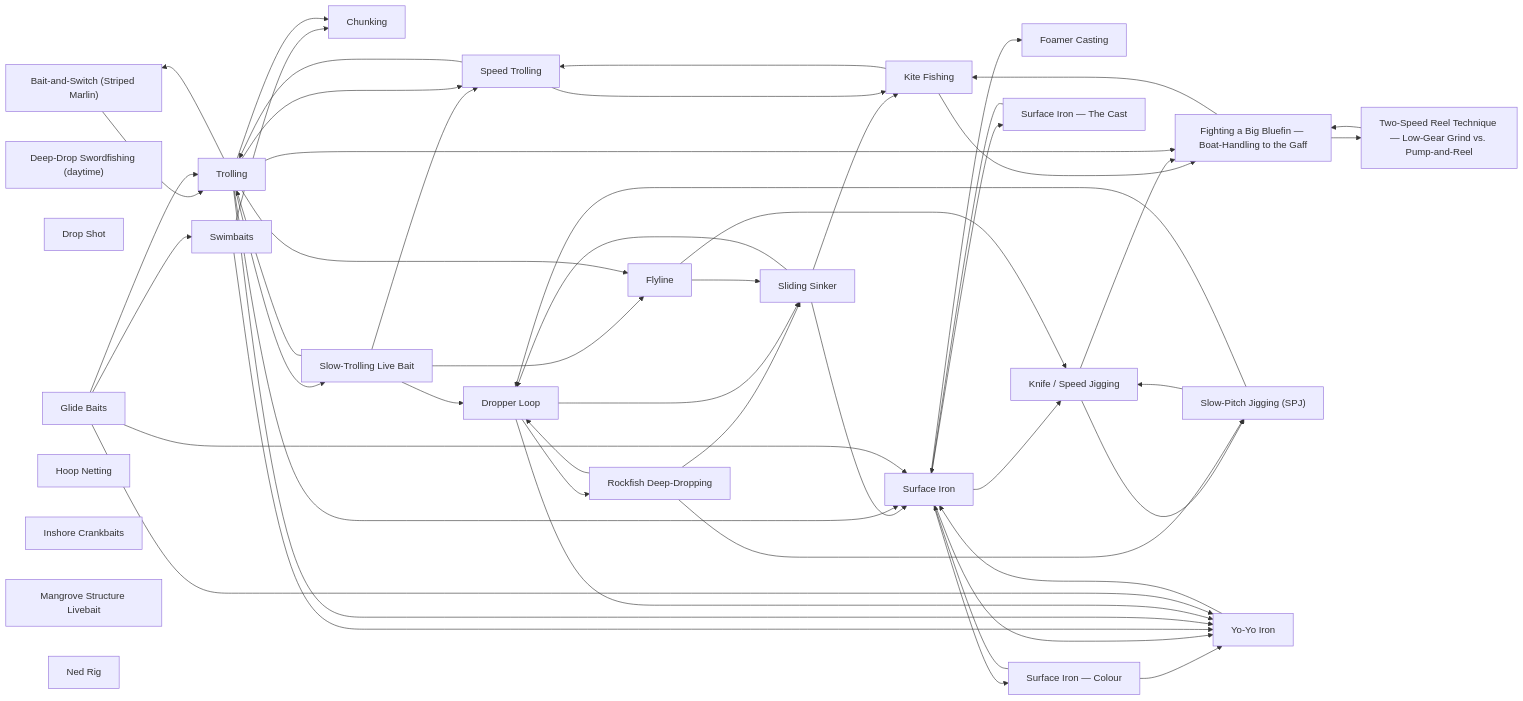
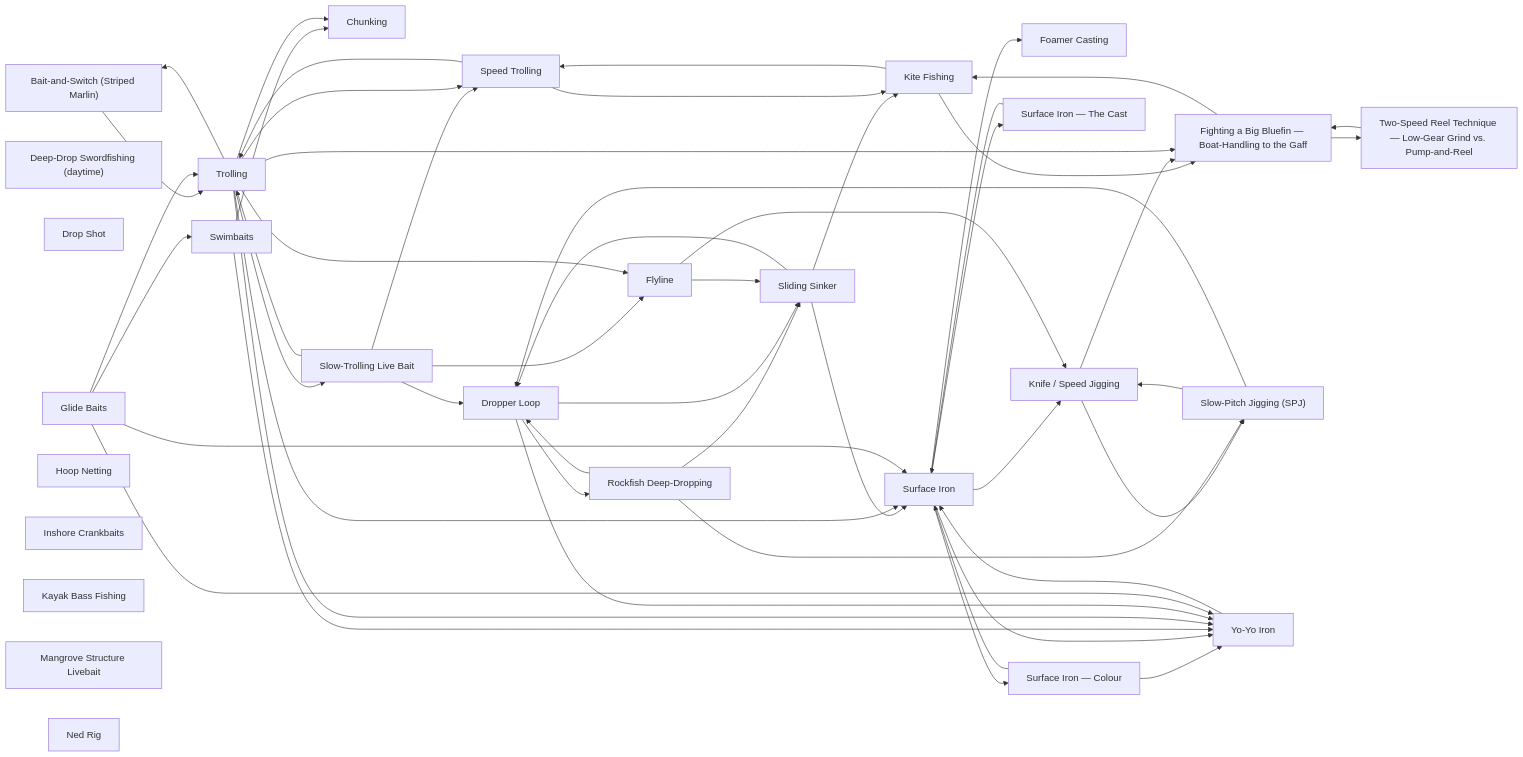
One commit to camchuckpete-max/Socal-Fishing-Knowledge changed the diagram in techniques/README.md. Above: the diagram before and after it, drawn with Mermaid. The commit also changed other lines of this file and 9 other files, not shown here.

````diff
--- a/techniques/README.md
+++ b/techniques/README.md
@@ -40,80 +41,81 @@
 ```mermaid
 graph LR
   n0["Bait-and-Switch (Striped Marlin)"]
   n1["Chunking"]
   n2["Deep-Drop Swordfishing (daytime)"]
   n3["Drop Shot"]
   n4["Dropper Loop"]
   n5["Fighting a Big Bluefin — Boat-Handling to the Gaff"]
   n6["Flyline"]
   n7["Foamer Casting"]
   n8["Glide Baits"]
   n9["Hoop Netting"]
   n10["Inshore Crankbaits"]
-  n11["Kite Fishing"]
-  n12["Knife / Speed Jigging"]
-  n13["Mangrove Structure Livebait"]
-  n14["Ned Rig"]
-  n15["Rockfish Deep-Dropping"]
-  n16["Sliding Sinker"]
-  n17["Slow-Pitch Jigging (SPJ)"]
-  n18["Slow-Trolling Live Bait"]
-  n19["Speed Trolling"]
-  n20["Surface Iron — The Cast"]
-  n21["Surface Iron — Colour"]
-  n22["Surface Iron"]
-  n23["Swimbaits"]
-  n24["Trolling"]
-  n25["Two-Speed Reel Technique — Low-Gear Grind vs. Pump-and-Reel"]
-  n26["Yo-Yo Iron"]
-  n0 --> n24
-  n11 --> n19
-  n11 --> n5
-  n12 --> n17
+  n11["Kayak Bass Fishing"]
+  n12["Kite Fishing"]
+  n13["Knife / Speed Jigging"]
+  n14["Mangrove Structure Livebait"]
+  n15["Ned Rig"]
+  n16["Rockfish Deep-Dropping"]
+  n17["Sliding Sinker"]
+  n18["Slow-Pitch Jigging (SPJ)"]
+  n19["Slow-Trolling Live Bait"]
+  n20["Speed Trolling"]
+  n21["Surface Iron — The Cast"]
+  n22["Surface Iron — Colour"]
+  n23["Surface Iron"]
+  n24["Swimbaits"]
+  n25["Trolling"]
+  n26["Two-Speed Reel Technique — Low-Gear Grind vs. Pump-and-Reel"]
+  n27["Yo-Yo Iron"]
+  n0 --> n25
+  n12 --> n20
   n12 --> n5
-  n15 --> n16
-  n15 --> n17
-  n15 --> n4
-  n16 --> n11
-  n16 --> n22
+  n13 --> n18
+  n13 --> n5
+  n16 --> n17
+  n16 --> n18
   n16 --> n4
   n17 --> n12
+  n17 --> n23
   n17 --> n4
-  n18 --> n19
-  n18 --> n24
+  n18 --> n13
   n18 --> n4
-  n18 --> n6
-  n19 --> n11
-  n19 --> n24
-  n20 --> n22
-  n21 --> n22
-  n21 --> n26
-  n22 --> n12
-  n22 --> n20
-  n22 --> n21
-  n22 --> n26
-  n22 --> n7
-  n23 --> n1
-  n23 --> n26
-  n24 --> n0
+  n19 --> n20
+  n19 --> n25
+  n19 --> n4
+  n19 --> n6
+  n20 --> n12
+  n20 --> n25
+  n21 --> n23
+  n22 --> n23
+  n22 --> n27
+  n23 --> n13
+  n23 --> n21
+  n23 --> n22
+  n23 --> n27
+  n23 --> n7
   n24 --> n1
-  n24 --> n18
-  n24 --> n19
-  n24 --> n22
-  n24 --> n26
-  n24 --> n5
-  n24 --> n6
+  n24 --> n27
+  n25 --> n0
+  n25 --> n1
+  n25 --> n19
+  n25 --> n20
+  n25 --> n23
+  n25 --> n27
   n25 --> n5
-  n26 --> n22
-  n4 --> n15
+  n25 --> n6
+  n26 --> n5
+  n27 --> n23
   n4 --> n16
-  n4 --> n26
-  n5 --> n11
-  n5 --> n25
-  n6 --> n12
-  n6 --> n16
-  n8 --> n22
+  n4 --> n17
+  n4 --> n27
+  n5 --> n12
+  n5 --> n26
+  n6 --> n13
+  n6 --> n17
   n8 --> n23
   n8 --> n24
-  n8 --> n26
+  n8 --> n25
+  n8 --> n27
 ```
````
